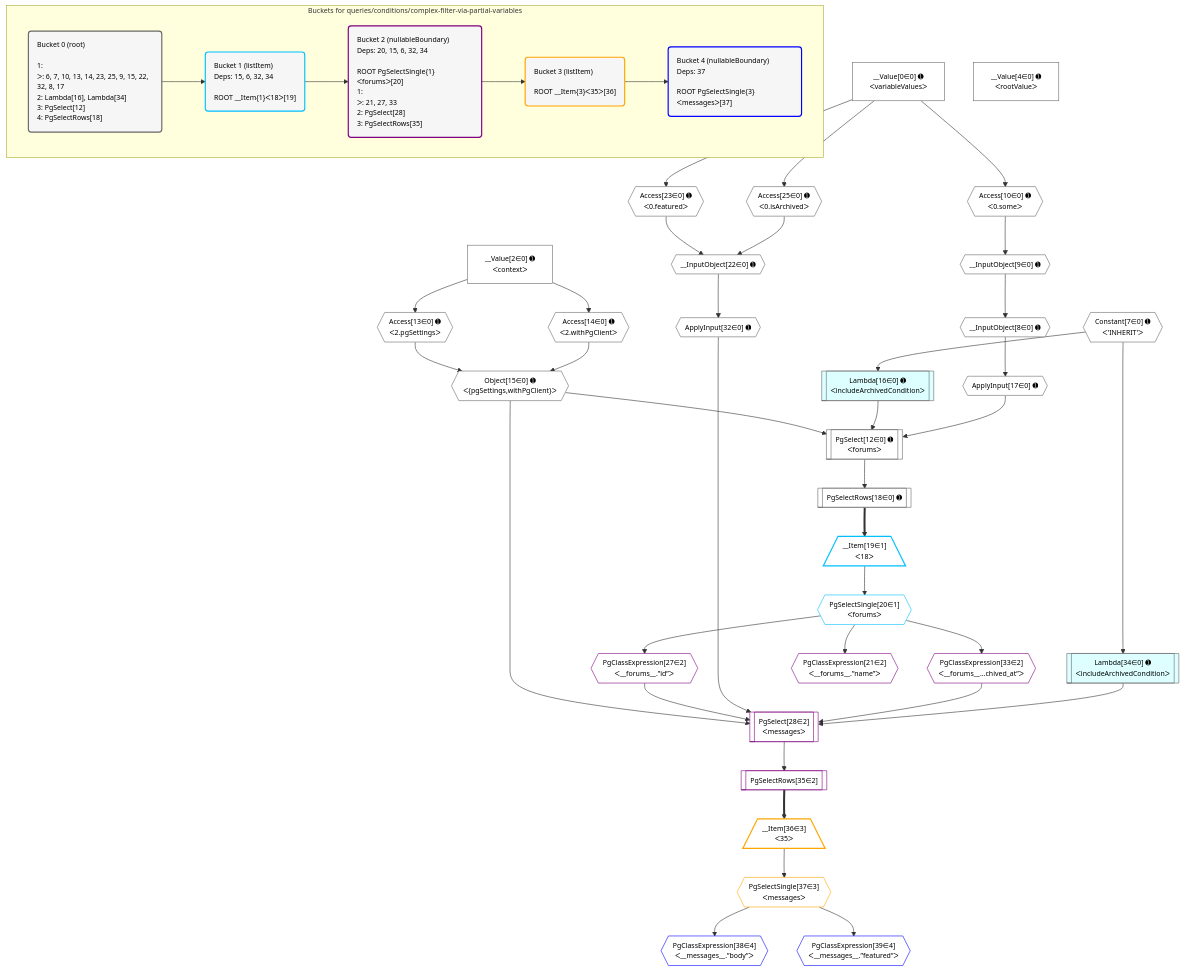
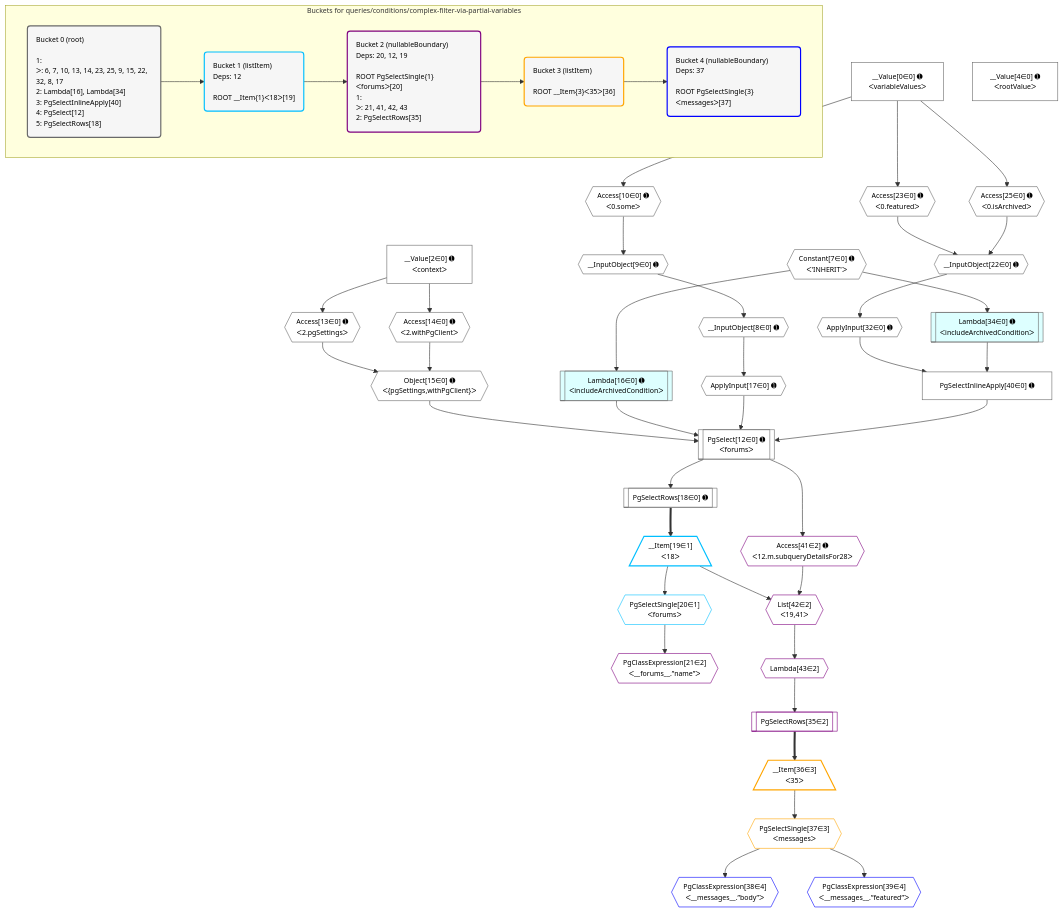
One commit to graphile/crystal changed the diagram in grafast/dataplan-pg/__tests__/queries/conditions/complex-filter-via-partial-variables.mermaid. Above: the diagram before and after it, drawn with Mermaid. The commit also changed 71 other files, not shown here.

```diff
--- a/grafast/dataplan-pg/__tests__/queries/conditions/complex-filter-via-partial-variables.mermaid
+++ b/grafast/dataplan-pg/__tests__/queries/conditions/complex-filter-via-partial-variables.mermaid
@@ -1,91 +1,93 @@
 %%{init: {'themeVariables': { 'fontSize': '12px'}}}%%
 graph TD
     classDef path fill:#eee,stroke:#000,color:#000
     classDef plan fill:#fff,stroke-width:1px,color:#000
     classDef itemplan fill:#fff,stroke-width:2px,color:#000
     classDef unbatchedplan fill:#dff,stroke-width:1px,color:#000
     classDef sideeffectplan fill:#fcc,stroke-width:2px,color:#000
     classDef bucket fill:#f6f6f6,color:#000,stroke-width:2px,text-align:left
 
 
     %% plan dependencies
     PgSelect12[["PgSelect[12∈0] ➊<br />ᐸforumsᐳ"]]:::plan
     Object15{{"Object[15∈0] ➊<br />ᐸ{pgSettings,withPgClient}ᐳ"}}:::plan
     Lambda16[["Lambda[16∈0] ➊<br />ᐸincludeArchivedConditionᐳ"]]:::unbatchedplan
     ApplyInput17{{"ApplyInput[17∈0] ➊"}}:::plan
-    Object15 & Lambda16 & ApplyInput17 --> PgSelect12
+    PgSelectInlineApply40["PgSelectInlineApply[40∈0] ➊"]:::plan
+    Object15 & Lambda16 & ApplyInput17 & PgSelectInlineApply40 --> PgSelect12
+    ApplyInput32{{"ApplyInput[32∈0] ➊"}}:::plan
+    Lambda34[["Lambda[34∈0] ➊<br />ᐸincludeArchivedConditionᐳ"]]:::unbatchedplan
+    ApplyInput32 & Lambda34 --> PgSelectInlineApply40
     Access13{{"Access[13∈0] ➊<br />ᐸ2.pgSettingsᐳ"}}:::plan
     Access14{{"Access[14∈0] ➊<br />ᐸ2.withPgClientᐳ"}}:::plan
     Access13 & Access14 --> Object15
     __InputObject22{{"__InputObject[22∈0] ➊"}}:::plan
     Access23{{"Access[23∈0] ➊<br />ᐸ0.featuredᐳ"}}:::plan
     Access25{{"Access[25∈0] ➊<br />ᐸ0.isArchivedᐳ"}}:::plan
     Access23 & Access25 --> __InputObject22
     __InputObject8{{"__InputObject[8∈0] ➊"}}:::plan
     __InputObject9{{"__InputObject[9∈0] ➊"}}:::plan
     __InputObject9 --> __InputObject8
     Access10{{"Access[10∈0] ➊<br />ᐸ0.someᐳ"}}:::plan
     Access10 --> __InputObject9
     __Value0["__Value[0∈0] ➊<br />ᐸvariableValuesᐳ"]:::plan
     __Value0 --> Access10
     __Value2["__Value[2∈0] ➊<br />ᐸcontextᐳ"]:::plan
     __Value2 --> Access13
     __Value2 --> Access14
     Constant7{{"Constant[7∈0] ➊<br />ᐸ'INHERIT'ᐳ"}}:::plan
     Constant7 --> Lambda16
     __InputObject8 --> ApplyInput17
     PgSelectRows18[["PgSelectRows[18∈0] ➊"]]:::plan
     PgSelect12 --> PgSelectRows18
     __Value0 --> Access23
     __Value0 --> Access25
-    ApplyInput32{{"ApplyInput[32∈0] ➊"}}:::plan
     __InputObject22 --> ApplyInput32
-    Lambda34[["Lambda[34∈0] ➊<br />ᐸincludeArchivedConditionᐳ"]]:::unbatchedplan
     Constant7 --> Lambda34
     __Value4["__Value[4∈0] ➊<br />ᐸrootValueᐳ"]:::plan
     __Item19[/"__Item[19∈1]<br />ᐸ18ᐳ"\]:::itemplan
     PgSelectRows18 ==> __Item19
     PgSelectSingle20{{"PgSelectSingle[20∈1]<br />ᐸforumsᐳ"}}:::plan
     __Item19 --> PgSelectSingle20
-    PgSelect28[["PgSelect[28∈2]<br />ᐸmessagesᐳ"]]:::plan
-    PgClassExpression27{{"PgClassExpression[27∈2]<br />ᐸ__forums__.”id”ᐳ"}}:::plan
-    PgClassExpression33{{"PgClassExpression[33∈2]<br />ᐸ__forums__...chived_at”ᐳ"}}:::plan
-    Object15 & PgClassExpression27 & ApplyInput32 & PgClassExpression33 & Lambda34 --> PgSelect28
+    List42{{"List[42∈2]<br />ᐸ19,41ᐳ"}}:::plan
+    Access41{{"Access[41∈2] ➊<br />ᐸ12.m.subqueryDetailsFor28ᐳ"}}:::plan
+    __Item19 & Access41 --> List42
     PgClassExpression21{{"PgClassExpression[21∈2]<br />ᐸ__forums__.”name”ᐳ"}}:::plan
     PgSelectSingle20 --> PgClassExpression21
-    PgSelectSingle20 --> PgClassExpression27
-    PgSelectSingle20 --> PgClassExpression33
     PgSelectRows35[["PgSelectRows[35∈2]"]]:::plan
-    PgSelect28 --> PgSelectRows35
+    Lambda43{{"Lambda[43∈2]"}}:::plan
+    Lambda43 --> PgSelectRows35
+    PgSelect12 --> Access41
+    List42 --> Lambda43
     __Item36[/"__Item[36∈3]<br />ᐸ35ᐳ"\]:::itemplan
     PgSelectRows35 ==> __Item36
     PgSelectSingle37{{"PgSelectSingle[37∈3]<br />ᐸmessagesᐳ"}}:::plan
     __Item36 --> PgSelectSingle37
     PgClassExpression38{{"PgClassExpression[38∈4]<br />ᐸ__messages__.”body”ᐳ"}}:::plan
     PgSelectSingle37 --> PgClassExpression38
     PgClassExpression39{{"PgClassExpression[39∈4]<br />ᐸ__messages__.”featured”ᐳ"}}:::plan
     PgSelectSingle37 --> PgClassExpression39
 
     %% define steps
 
     subgraph "Buckets for queries/conditions/complex-filter-via-partial-variables"
-    Bucket0("Bucket 0 (root)<br /><br />1: <br />ᐳ: 6, 7, 10, 13, 14, 23, 25, 9, 15, 22, 32, 8, 17<br />2: Lambda[16], Lambda[34]<br />3: PgSelect[12]<br />4: PgSelectRows[18]"):::bucket
+    Bucket0("Bucket 0 (root)<br /><br />1: <br />ᐳ: 6, 7, 10, 13, 14, 23, 25, 9, 15, 22, 32, 8, 17<br />2: Lambda[16], Lambda[34]<br />3: PgSelectInlineApply[40]<br />4: PgSelect[12]<br />5: PgSelectRows[18]"):::bucket
     classDef bucket0 stroke:#696969
-    class Bucket0,__Value0,__Value2,__Value4,Constant7,__InputObject8,__InputObject9,Access10,PgSelect12,Access13,Access14,Object15,Lambda16,ApplyInput17,PgSelectRows18,__InputObject22,Access23,Access25,ApplyInput32,Lambda34 bucket0
-    Bucket1("Bucket 1 (listItem)<br />Deps: 15, 6, 32, 34<br /><br />ROOT __Item{1}ᐸ18ᐳ[19]"):::bucket
+    class Bucket0,__Value0,__Value2,__Value4,Constant7,__InputObject8,__InputObject9,Access10,PgSelect12,Access13,Access14,Object15,Lambda16,ApplyInput17,PgSelectRows18,__InputObject22,Access23,Access25,ApplyInput32,Lambda34,PgSelectInlineApply40 bucket0
+    Bucket1("Bucket 1 (listItem)<br />Deps: 12<br /><br />ROOT __Item{1}ᐸ18ᐳ[19]"):::bucket
     classDef bucket1 stroke:#00bfff
     class Bucket1,__Item19,PgSelectSingle20 bucket1
-    Bucket2("Bucket 2 (nullableBoundary)<br />Deps: 20, 15, 6, 32, 34<br /><br />ROOT PgSelectSingle{1}ᐸforumsᐳ[20]<br />1: <br />ᐳ: 21, 27, 33<br />2: PgSelect[28]<br />3: PgSelectRows[35]"):::bucket
+    Bucket2("Bucket 2 (nullableBoundary)<br />Deps: 20, 12, 19<br /><br />ROOT PgSelectSingle{1}ᐸforumsᐳ[20]<br />1: <br />ᐳ: 21, 41, 42, 43<br />2: PgSelectRows[35]"):::bucket
     classDef bucket2 stroke:#7f007f
-    class Bucket2,PgClassExpression21,PgClassExpression27,PgSelect28,PgClassExpression33,PgSelectRows35 bucket2
+    class Bucket2,PgClassExpression21,PgSelectRows35,Access41,List42,Lambda43 bucket2
     Bucket3("Bucket 3 (listItem)<br /><br />ROOT __Item{3}ᐸ35ᐳ[36]"):::bucket
     classDef bucket3 stroke:#ffa500
     class Bucket3,__Item36,PgSelectSingle37 bucket3
     Bucket4("Bucket 4 (nullableBoundary)<br />Deps: 37<br /><br />ROOT PgSelectSingle{3}ᐸmessagesᐳ[37]"):::bucket
     classDef bucket4 stroke:#0000ff
     class Bucket4,PgClassExpression38,PgClassExpression39 bucket4
     Bucket0 --> Bucket1
     Bucket1 --> Bucket2
     Bucket2 --> Bucket3
     Bucket3 --> Bucket4
     end
```
